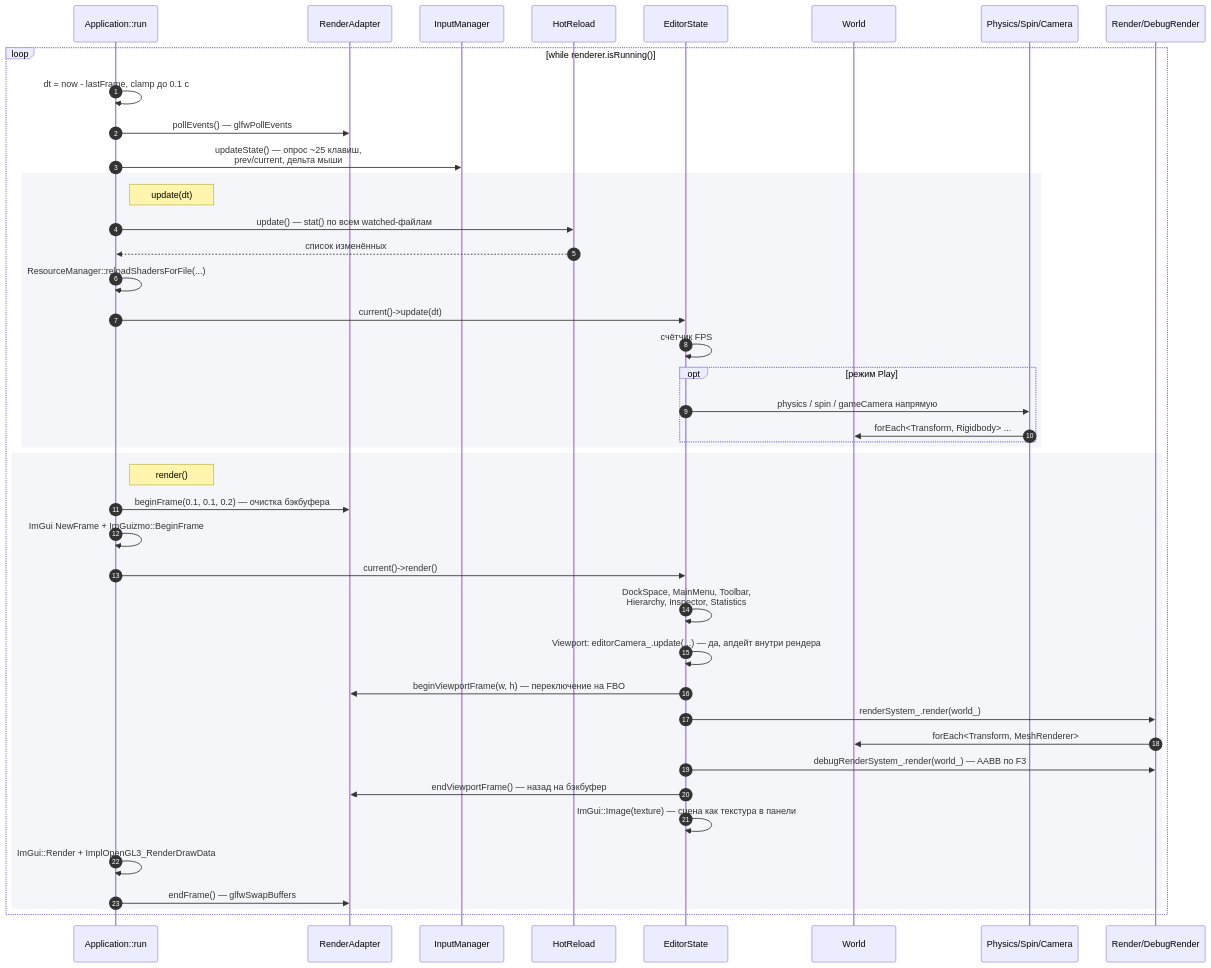
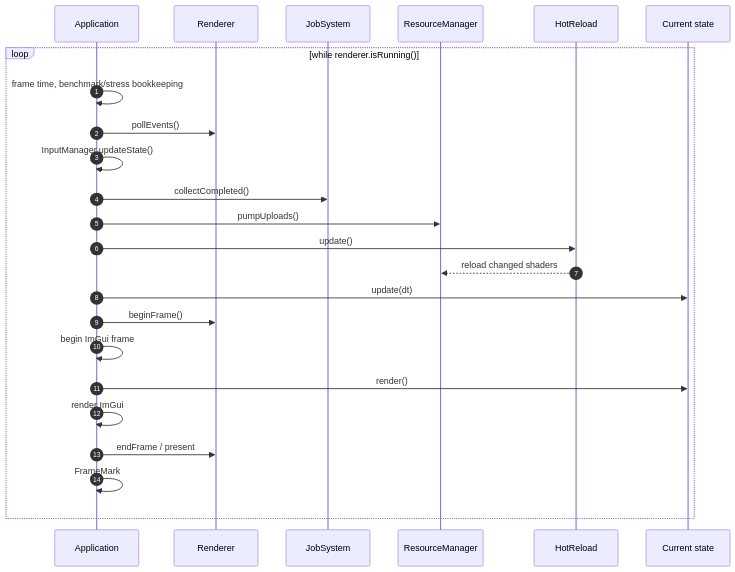
One commit to olegsheyko/AID_ITMO_UzlezzEngine changed the third of 5 diagrams in docs/ARCHITECTURE.md. Above: the diagram before and after it, drawn with Mermaid. The commit also changed other lines of this file and 41 other files, not shown here.

````diff
--- a/docs/ARCHITECTURE.md
+++ b/docs/ARCHITECTURE.md
@@ -129,48 +85,27 @@
 ```mermaid
 sequenceDiagram
     autonumber
-    participant a as Application::run
-    participant r as RenderAdapter
-    participant i as InputManager
-    participant hr as HotReload
-    participant s as EditorState
-    participant w as World
-    participant sysu as Physics/Spin/Camera
-    participant sysr as Render/DebugRender
+    participant A as Application
+    participant R as Renderer
+    participant J as JobSystem
+    participant RM as ResourceManager
+    participant HR as HotReload
+    participant S as Current state
 
     loop while renderer.isRunning()
-        a->>a: dt = now - lastFrame, clamp до 0.1 c
-        a->>r: pollEvents() — glfwPollEvents
-        a->>i: updateState() — опрос ~25 клавиш,<br/>prev/current, дельта мыши
-
-        rect rgb(245, 246, 250)
-        note right of a: update(dt)
-        a->>hr: update() — stat() по всем watched-файлам
-        hr-->>a: список изменённых
-        a->>a: ResourceManager::reloadShadersForFile(...)
-        a->>s: current()->update(dt)
-        s->>s: счётчик FPS
-        opt режим Play
-            s->>sysu: physics / spin / gameCamera напрямую
-            sysu->>w: forEach<Transform, Rigidbody> ...
-        end
-        end
-
-        rect rgb(245, 246, 250)
-        note right of a: render()
-        a->>r: beginFrame(0.1, 0.1, 0.2) — очистка бэкбуфера
-        a->>a: ImGui NewFrame + ImGuizmo::BeginFrame
-        a->>s: current()->render()
-        s->>s: DockSpace, MainMenu, Toolbar,<br/>Hierarchy, Inspector, Statistics
-        s->>s: Viewport: editorCamera_.update(...) — да, апдейт внутри рендера
-        s->>r: beginViewportFrame(w, h) — переключение на FBO
-        s->>sysr: renderSystem_.render(world_)
-        sysr->>w: forEach<Transform, MeshRenderer>
-        s->>sysr: debugRenderSystem_.render(world_) — AABB по F3
-        s->>r: endViewportFrame() — назад на бэкбуфер
-        s->>s: ImGui::Image(texture) — сцена как текстура в панели
-        a->>a: ImGui::Render + ImplOpenGL3_RenderDrawData
-        a->>r: endFrame() — glfwSwapBuffers
-        end
+        A->>A: frame time, benchmark/stress bookkeeping
+        A->>R: pollEvents()
+        A->>A: InputManager.updateState()
+        A->>J: collectCompleted()
+        A->>RM: pumpUploads()
+        A->>HR: update()
+        HR-->>RM: reload changed shaders
+        A->>S: update(dt)
+        A->>R: beginFrame()
+        A->>A: begin ImGui frame
+        A->>S: render()
+        A->>A: render ImGui
+        A->>R: endFrame / present
+        A->>A: FrameMark
     end
 ```
````
